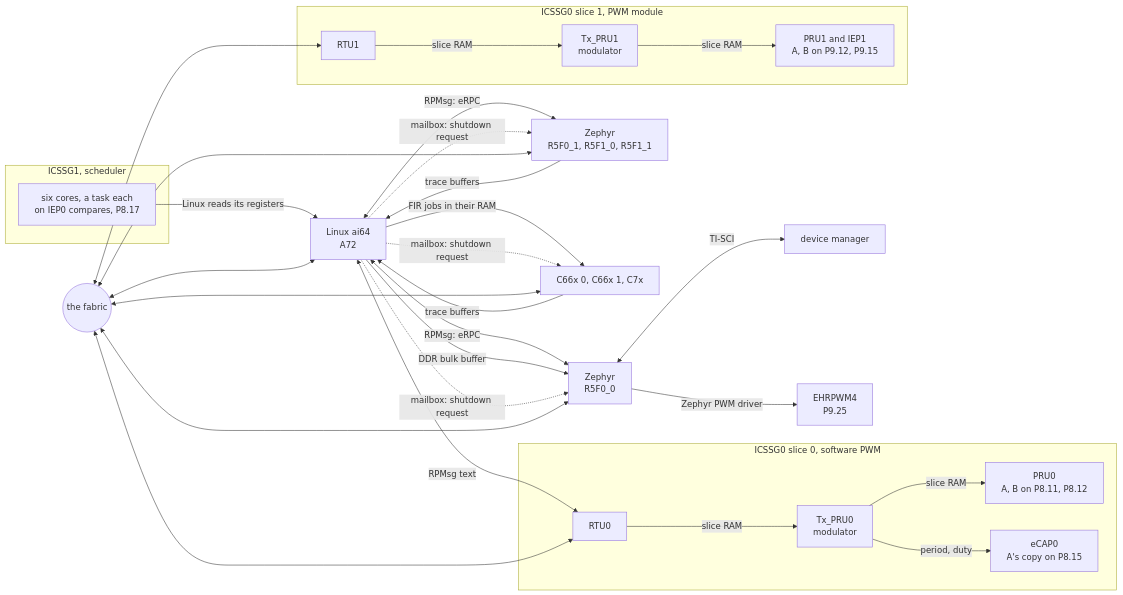
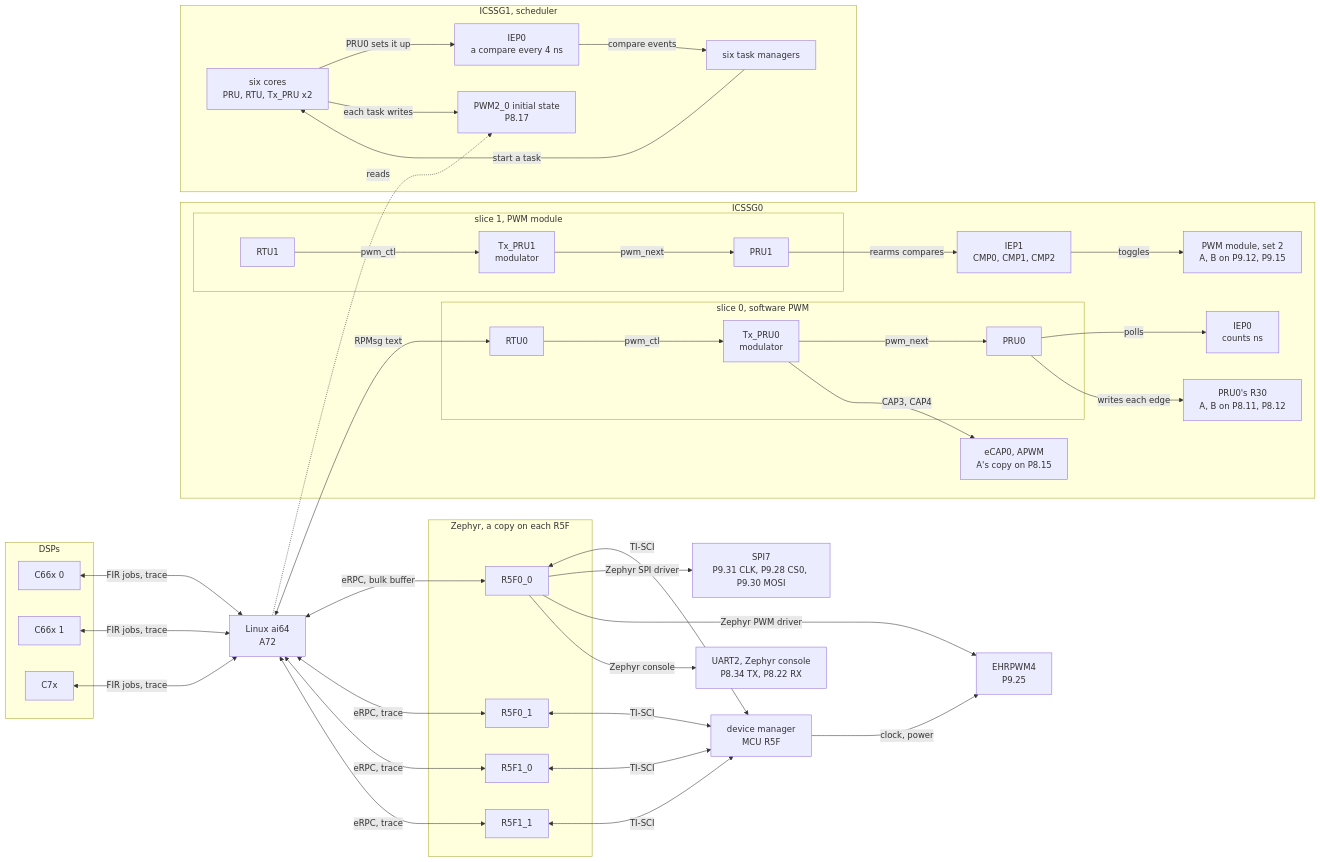
The first of 2 diagrams in README.md (kevinacahalan/BeagleBoneAI64-linux-zephyr-pru-c7x-c66x-demo), drawn with Mermaid before and after one commit. The commit also changed other lines of this file, not shown here.

Commit message:
README: a box for every core and every module it controls, SPI7 and UART2 included

````diff
--- a/README.md
+++ b/README.md
@@ -14,48 +14,72 @@
 ```mermaid
 flowchart LR
+  subgraph dsps["DSPs"]
+    c660["C66x 0"]
+    c661["C66x 1"]
+    c7x["C7x"]
+  end
   ai64["Linux ai64<br/>A72"]
-  r5["Zephyr<br/>R5F0_0"]
-  r5b["Zephyr<br/>R5F0_1, R5F1_0, R5F1_1"]
-  dm["device manager"]
+  subgraph zeph["Zephyr, a copy on each R5F"]
+    r500["R5F0_0"]
+    r501["R5F0_1"]
+    r510["R5F1_0"]
+    r511["R5F1_1"]
+  end
+  dm["device manager<br/>MCU R5F"]
+  spi7["SPI7<br/>P9.31 CLK, P9.28 CS0, P9.30 MOSI"]
   ep["EHRPWM4<br/>P9.25"]
-  dsp["C66x 0, C66x 1, C7x"]
-  fab(("the fabric"))
-  subgraph s00["ICSSG0 slice 0, software PWM"]
-    rtu0["RTU0"]
-    tx0["Tx_PRU0<br/>modulator"]
-    pru0["PRU0<br/>A, B on P8.11, P8.12"]
-    ecap["eCAP0<br/>A's copy on P8.15"]
-  end
-  subgraph s01["ICSSG0 slice 1, PWM module"]
-    rtu1["RTU1"]
-    tx1["Tx_PRU1<br/>modulator"]
-    pru1["PRU1 and IEP1<br/>A, B on P9.12, P9.15"]
+  uart2["UART2, Zephyr console<br/>P8.34 TX, P8.22 RX"]
+  subgraph g0["ICSSG0"]
+    subgraph s00["slice 0, software PWM"]
+      rtu0["RTU0"]
+      tx0["Tx_PRU0<br/>modulator"]
+      pru0["PRU0"]
+    end
+    subgraph s01["slice 1, PWM module"]
+      rtu1["RTU1"]
+      tx1["Tx_PRU1<br/>modulator"]
+      pru1["PRU1"]
+    end
+    iep0["IEP0<br/>counts ns"]
+    r30["PRU0's R30<br/>A, B on P8.11, P8.12"]
+    ecap["eCAP0, APWM<br/>A's copy on P8.15"]
+    iep1["IEP1<br/>CMP0, CMP1, CMP2"]
+    pwm2["PWM module, set 2<br/>A, B on P9.12, P9.15"]
   end
   subgraph g1["ICSSG1, scheduler"]
-    mcs["six cores, a task each<br/>on IEP0 compares, P8.17"]
+    mcs["six cores<br/>PRU, RTU, Tx_PRU x2"]
+    g1iep["IEP0<br/>a compare every 4 ns"]
+    g1tm["six task managers"]
+    g1pwm["PWM2_0 initial state<br/>P8.17"]
   end
-  ai64 <-->|"RPMsg: eRPC"| r5
-  ai64 <-->|"RPMsg: eRPC"| r5b
-  ai64 -->|"DDR bulk buffer"| r5
-  r5b -->|"trace buffers"| ai64
-  ai64 -->|"FIR jobs in their RAM"| dsp
-  dsp -->|"trace buffers"| ai64
-  ai64 -.->|"mailbox: shutdown request"| dsp
-  ai64 -.->|"mailbox: shutdown request"| r5b
-  ai64 -.->|"mailbox: shutdown request"| r5
-  r5 <-->|"TI-SCI"| dm
-  r5 -->|"Zephyr PWM driver"| ep
+  c660 <-->|"FIR jobs, trace"| ai64
+  c661 <-->|"FIR jobs, trace"| ai64
+  c7x <-->|"FIR jobs, trace"| ai64
+  ai64 <-->|"eRPC, bulk buffer"| r500
+  ai64 <-->|"eRPC, trace"| r501
+  ai64 <-->|"eRPC, trace"| r510
+  ai64 <-->|"eRPC, trace"| r511
+  r500 <-->|"TI-SCI"| dm
+  r501 <-->|"TI-SCI"| dm
+  r510 <-->|"TI-SCI"| dm
+  r511 <-->|"TI-SCI"| dm
+  dm -->|"clock, power"| ep
+  r500 -->|"Zephyr SPI driver"| spi7
+  r500 -->|"Zephyr PWM driver"| ep
+  r500 -->|"Zephyr console"| uart2
   ai64 <-->|"RPMsg text"| rtu0
-  rtu0 -->|"slice RAM"| tx0
-  tx0 -->|"slice RAM"| pru0
-  tx0 -->|"period, duty"| ecap
-  rtu1 -->|"slice RAM"| tx1
-  tx1 -->|"slice RAM"| pru1
-  mcs -->|"Linux reads its registers"| ai64
-  fab <--> ai64
-  fab <--> r5
-  fab <--> r5b
-  fab <--> dsp
-  fab <--> rtu0
-  fab <--> rtu1
+  rtu0 -->|"pwm_ctl"| tx0
+  tx0 -->|"pwm_next"| pru0
+  pru0 -->|"polls"| iep0
+  pru0 -->|"writes each edge"| r30
+  tx0 -->|"CAP3, CAP4"| ecap
+  rtu1 -->|"pwm_ctl"| tx1
+  tx1 -->|"pwm_next"| pru1
+  pru1 -->|"rearms compares"| iep1
+  iep1 -->|"toggles"| pwm2
+  mcs -->|"PRU0 sets it up"| g1iep
+  g1iep -->|"compare events"| g1tm
+  g1tm -->|"start a task"| mcs
+  mcs -->|"each task writes"| g1pwm
+  ai64 -.->|"reads"| g1pwm
 ```
````
